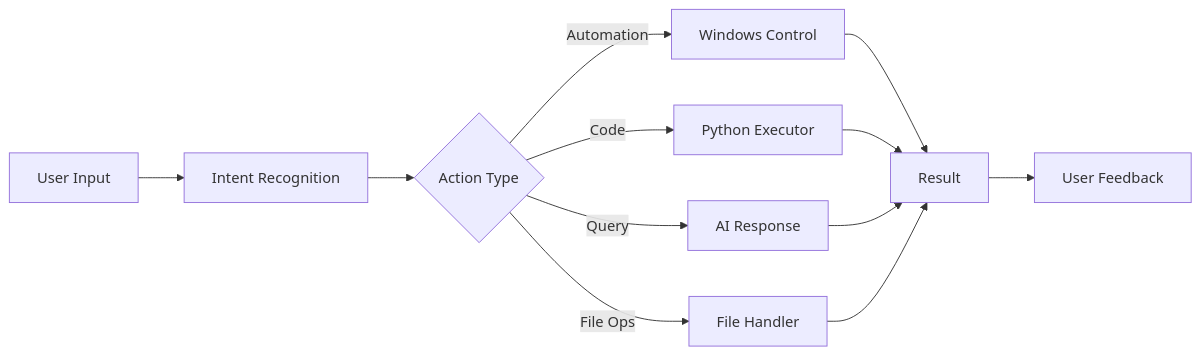
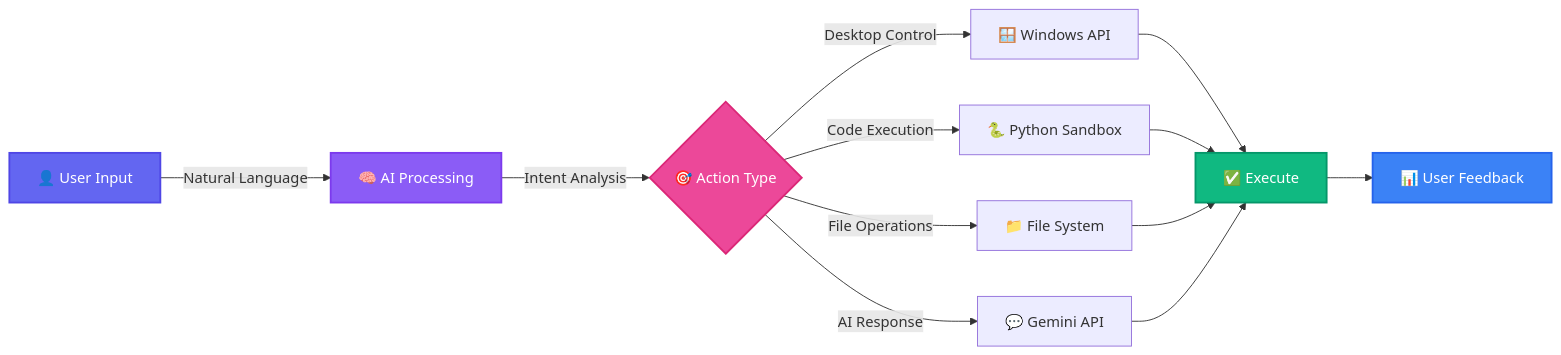
The first of 5 diagrams in README.md (hegdeshashank100/windows_ai_agent), drawn with Mermaid before and after one commit. The commit also changed other lines of this file, not shown here.

````diff
--- a/README.md
+++ b/README.md
@@ -98,14 +140,20 @@
 ```mermaid
 graph LR
-    A[User Input] --> B[Intent Recognition]
-    B --> C{Action Type}
-    C -->|Automation| D[Windows Control]
-    C -->|Code| E[Python Executor]
-    C -->|Query| F[AI Response]
-    C -->|File Ops| G[File Handler]
-    D --> H[Result]
+    A[👤 User Input] -->|Natural Language| B[🧠 AI Processing]
+    B -->|Intent Analysis| C{🎯 Action Type}
+    C -->|Desktop Control| D[🪟 Windows API]
+    C -->|Code Execution| E[🐍 Python Sandbox]
+    C -->|File Operations| F[📁 File System]
+    C -->|AI Response| G[💬 Gemini API]
+    D --> H[✅ Execute]
     E --> H
     F --> H
     G --> H
-    H --> I[User Feedback]
+    H --> I[📊 User Feedback]
+
+    style A fill:#6366f1,stroke:#4f46e5,stroke-width:2px,color:#fff
+    style B fill:#8b5cf6,stroke:#7c3aed,stroke-width:2px,color:#fff
+    style C fill:#ec4899,stroke:#db2777,stroke-width:2px,color:#fff
+    style H fill:#10b981,stroke:#059669,stroke-width:2px,color:#fff
+    style I fill:#3b82f6,stroke:#2563eb,stroke-width:2px,color:#fff
 ```
````
